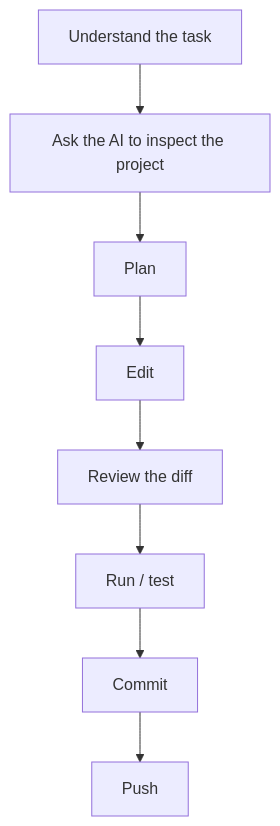
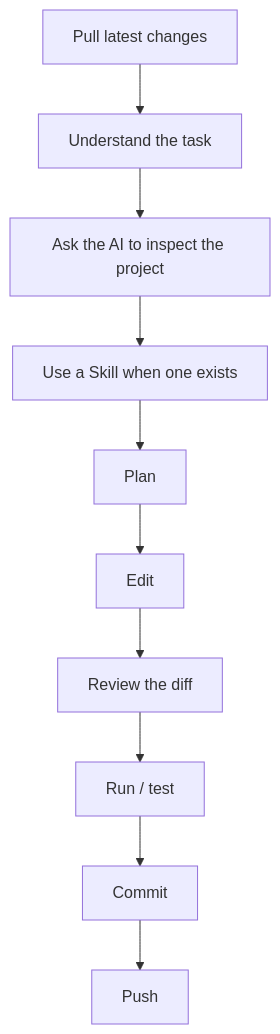
One commit to IpWangHei/environmentsetup changed the second of 3 diagrams in README.md. Above: the diagram before and after it, drawn with Mermaid. The commit also changed other lines of this file, not shown here.

````diff
--- a/README.md
+++ b/README.md
@@ -746,10 +799,12 @@
 ```mermaid
 flowchart TD
-    A[Understand the task] --> B[Ask the AI to inspect the project]
-    B --> C[Plan]
-    C --> D[Edit]
-    D --> E[Review the diff]
-    E --> F[Run / test]
-    F --> G[Commit]
-    G --> H[Push]
+    A[Pull latest changes] --> B[Understand the task]
+    B --> C[Ask the AI to inspect the project]
+    C --> D[Use a Skill when one exists]
+    D --> E[Plan]
+    E --> F[Edit]
+    F --> G[Review the diff]
+    G --> H[Run / test]
+    H --> I[Commit]
+    I --> J[Push]
 ```
````
